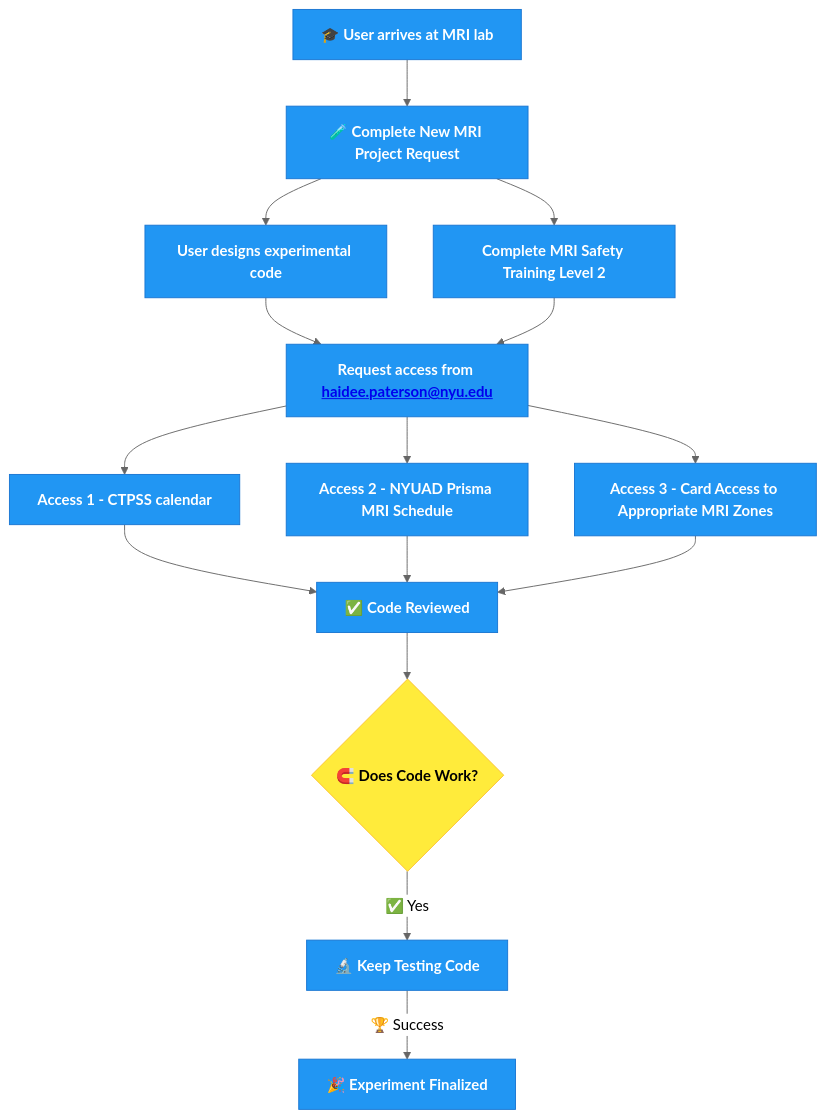
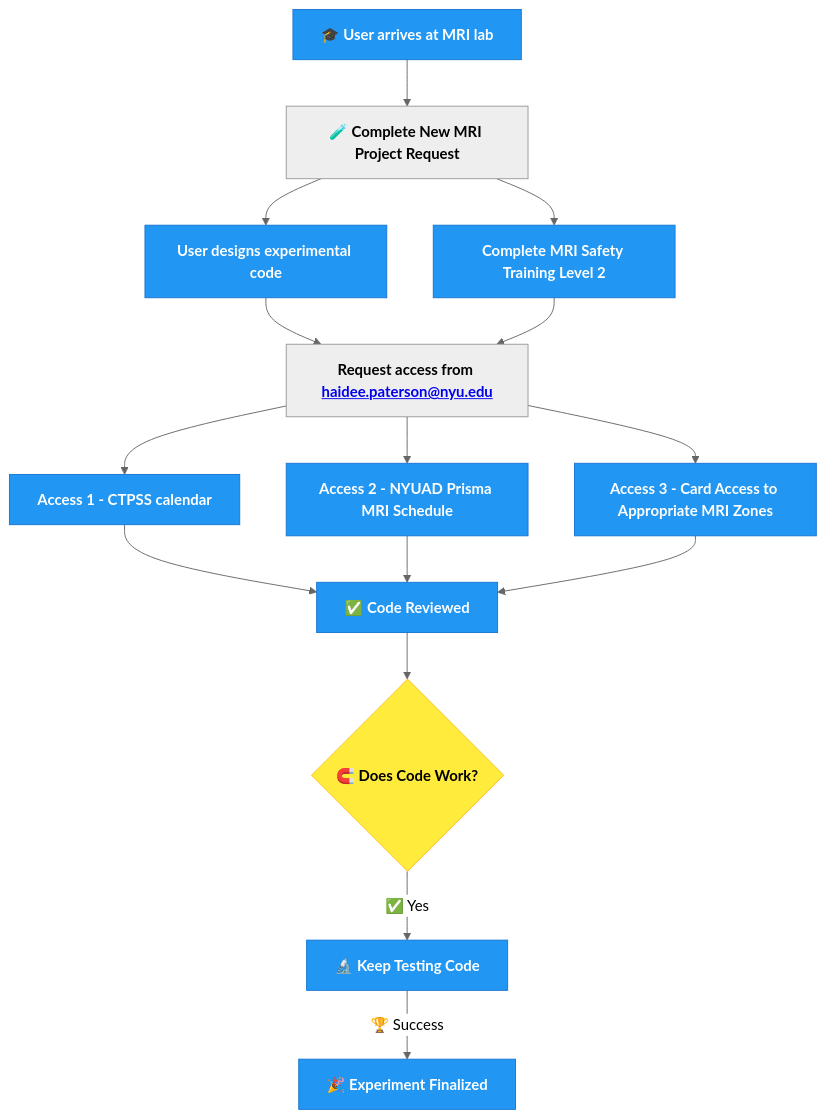
The diagram in docs/source/1-lab_overview/3-process_diagram.rst (BioMedicalImaging-Core-NYUAD/brainimaging-lab-documentation), drawn with Mermaid (neutral theme) before and after one commit.

Commit message:
added link

```diff
--- a/docs/source/1-lab_overview/3-process_diagram.rst
+++ b/docs/source/1-lab_overview/3-process_diagram.rst
@@ -5,31 +5,31 @@
 .. mermaid::
 
   graph TD;
     A[🎓 <b>User arrives at MRI lab</b>] --> B[🧪 <b>Complete New MRI Project Request</b>];
     B --> C[<b>User designs experimental code</b>];
     B --> D[<b>Complete MRI Safety Training Level 2</b>];
     C --> E[<b>Request access from <a href="mailto:haidee.paterson@nyu.edu">haidee.paterson@nyu.edu</a></b>];
     D --> E;
     E --> F[<b>Access 1 - CTPSS calendar</b>];
     E --> G[<b>Access 2 - NYUAD Prisma MRI Schedule</b>];
     E --> H[<b>Access 3 - Card Access to Appropriate MRI Zones</b>];
     F --> I[✅ <b>Code Reviewed</b>];
     G --> I;
     H --> I;
     I --> J{🧲️ <b>Does Code Work?</b>};
     J --✅ Yes --> K[🔬 <b>Keep Testing Code</b>];
     K -->|🏆 Success| L[🎉 <b>Experiment Finalized</b>];
 
     %% Clickable Nodes
     click B "https://drive.google.com/file/d/10Py1KSAsktpCjU6c3lLuWLqVL2a5ofee/view?usp=drive_link"
     click D "https://app.imagingu.com/courses/personnel-group-ii-yearly"
     click E "mailto:haidee.paterson@nyu.edu" "Email haidee.paterson@nyu.edu"
 
     %% Style Definitions
     classDef success fill:#4CAF50,stroke:#2E7D32,color:#fff;
     classDef decision fill:#FFEB3B,stroke:#FBC02D,color:#000;
     classDef process fill:#2196F3,stroke:#1976D2,color:#fff;
     classDef warning fill:#FF5722,stroke:#E64A19,color:#fff;
 
-    class A,B,C,D,E,F,G,H,I,K,L process;
+    class A,C,D,F,G,H,I,K,L process;
     class J decision;
```
